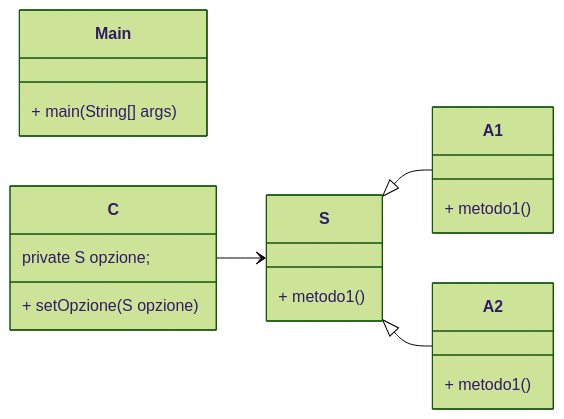
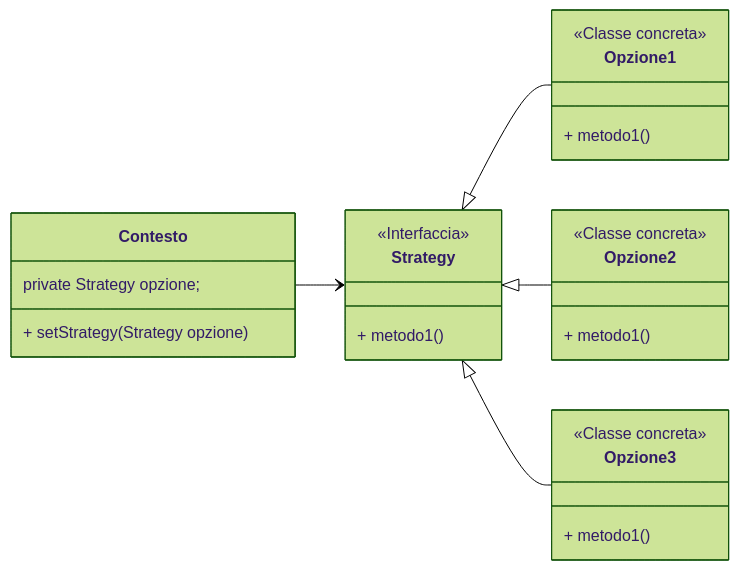
One commit to comarandr/comarandr.github.io changed the seventh of 7 diagrams in universita/oop.md. Above: the diagram before and after it, drawn with Mermaid (forest theme). The commit also changed other lines of this file, not shown here.

````diff
--- a/universita/oop.md
+++ b/universita/oop.md
@@ -1077,29 +1173,34 @@
 ```mermaid
 classDiagram
     direction LR
 
-    class Main{
-        + main(String[] args)
+    class Contesto{
+        private Strategy opzione;
+        + setStrategy(Strategy opzione)
     }
 
-    class C{
-        private S opzione;
-        + setOpzione(S opzione)
-    }
-
-    class S {
+    class Strategy {
+    <<Interfaccia>>
     + metodo1()
     }
 
-    class A1{
+    class Opzione1{
+        <<Classe concreta>>
         + metodo1()
     }
 
-    class A2{
+    class Opzione2{
+        <<Classe concreta>>
         + metodo1()
     }
 
-    C --> S
-    S <|-- A1
-    S <|-- A2
+    class Opzione3{
+        <<Classe concreta>>
+        + metodo1()
+    }
+
+    Contesto --> Strategy
+    Strategy <|-- Opzione1
+    Strategy <|-- Opzione2
+    Strategy <|-- Opzione3
 ```
````
